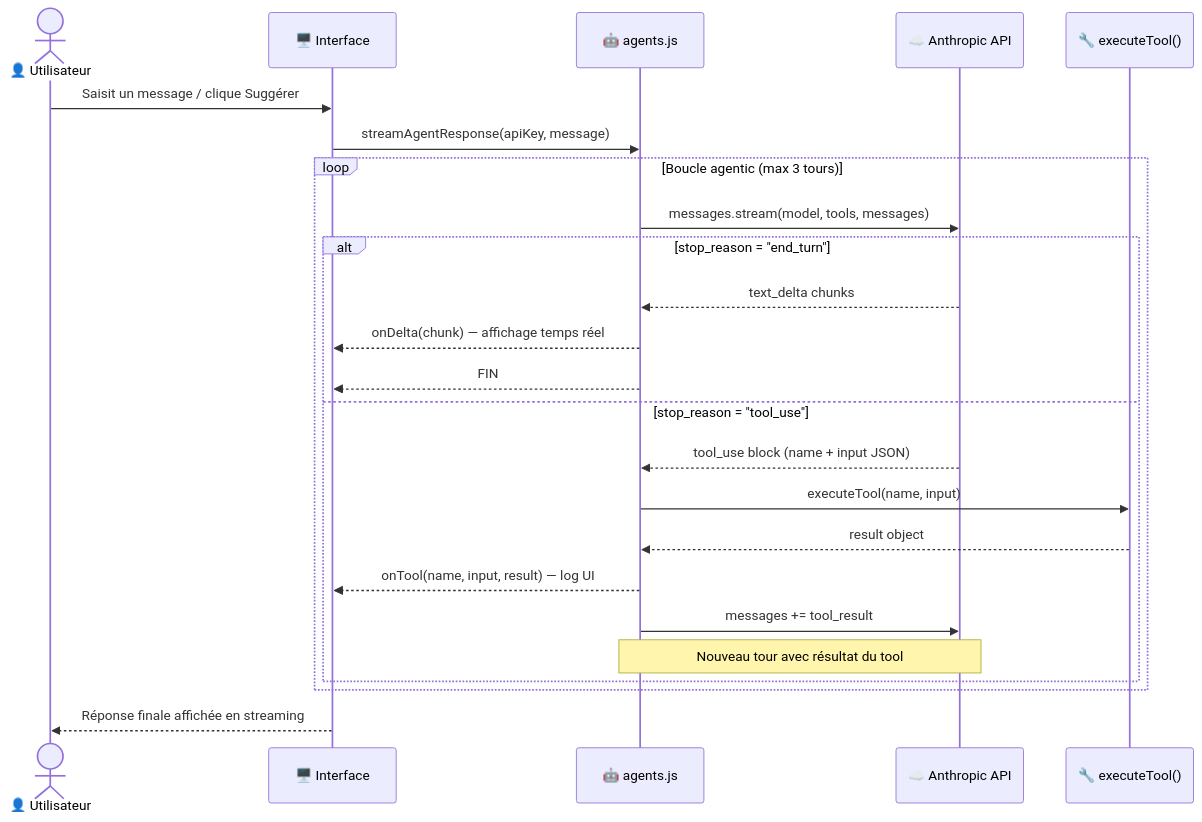
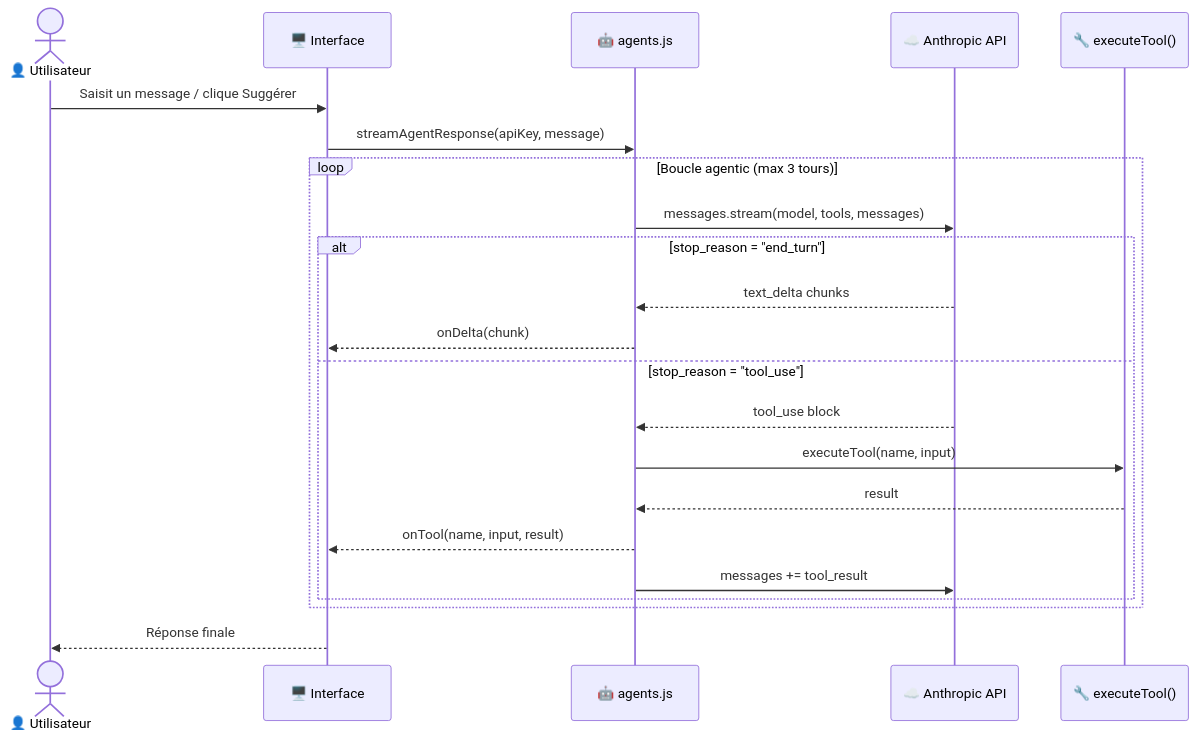
The fifth of 13 diagrams in docs/DIAGRAMS.md (samszo/nanoTubeStory), drawn with Mermaid before and after one commit. The commit also changed other lines of this file and 2 other files, not shown here.

````diff
--- a/docs/DIAGRAMS.md
+++ b/docs/DIAGRAMS.md
@@ -319,30 +288,28 @@
 ```mermaid
 sequenceDiagram
     actor User as 👤 Utilisateur
     participant UI as 🖥️ Interface
     participant Agent as 🤖 agents.js
     participant API as ☁️ Anthropic API
     participant Tools as 🔧 executeTool()
 
     User->>UI: Saisit un message / clique Suggérer
     UI->>Agent: streamAgentResponse(apiKey, message)
 
     loop Boucle agentic (max 3 tours)
         Agent->>API: messages.stream(model, tools, messages)
 
         alt stop_reason = "end_turn"
             API-->>Agent: text_delta chunks
-            Agent-->>UI: onDelta(chunk) — affichage temps réel
-            Agent-->>UI: FIN
+            Agent-->>UI: onDelta(chunk)
         else stop_reason = "tool_use"
-            API-->>Agent: tool_use block (name + input JSON)
+            API-->>Agent: tool_use block
             Agent->>Tools: executeTool(name, input)
-            Tools-->>Agent: result object
-            Agent-->>UI: onTool(name, input, result) — log UI
+            Tools-->>Agent: result
+            Agent-->>UI: onTool(name, input, result)
             Agent->>API: messages += tool_result
-            Note over Agent,API: Nouveau tour avec résultat du tool
         end
     end
 
-    UI-->>User: Réponse finale affichée en streaming
+    UI-->>User: Réponse finale
 ```
````
